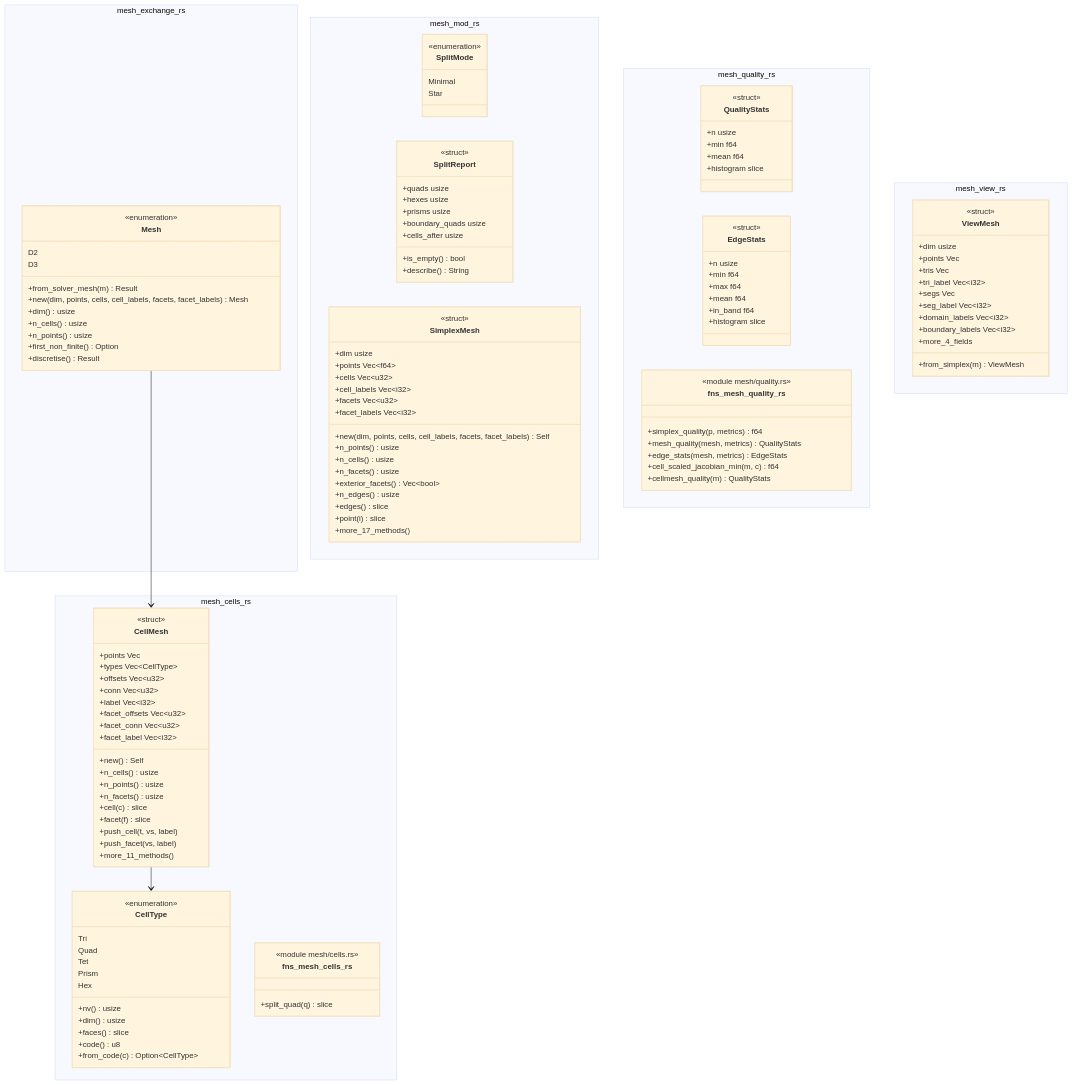
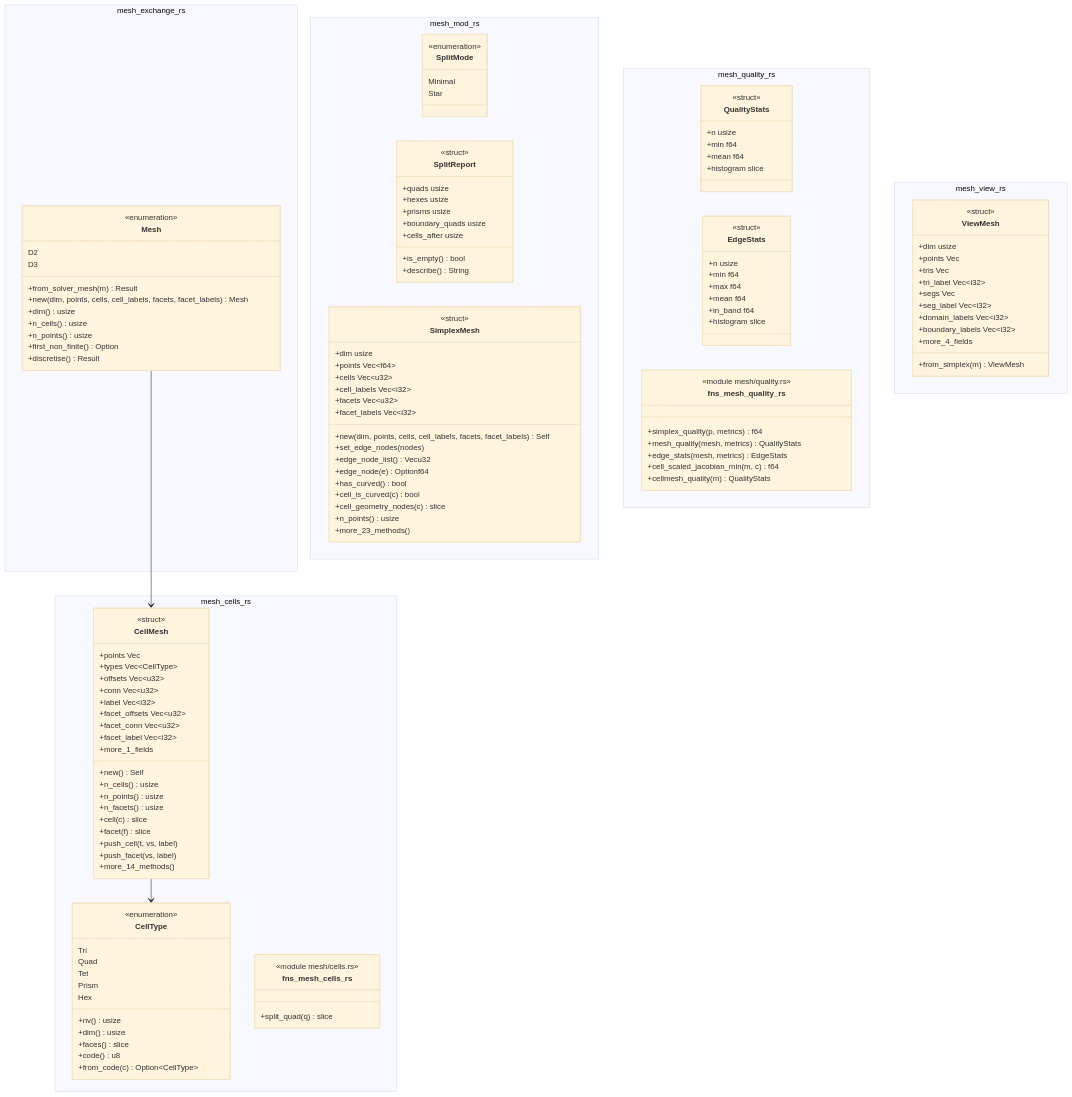
One commit to p-j-r/nyx changed the diagram in docs/architecture/c4/4-code/femcore/mesh.md. Above: the diagram before and after it, drawn with Mermaid (base theme). The commit also changed other lines of this file and 65 other files, not shown here.

Commit message:
R12: curved order-2 geometry for the ems cavity study (ADR 82) and face sizes and max_dev in the 3D lattice mesher (ADR 83); 922 pass, 0 fail, 11 ignored; clippy and fmt clean; docs, status, contracts, C4

```diff
--- a/docs/architecture/c4/4-code/femcore/mesh.md
+++ b/docs/architecture/c4/4-code/femcore/mesh.md
@@ -76,6 +76,7 @@
         +facet_offsets Vec~u32~
         +facet_conn Vec~u32~
         +facet_label Vec~i32~
+        +more_1_fields
         +new() Self
         +n_cells() usize
         +n_points() usize
@@ -84,7 +85,7 @@
         +facet(f) slice
         +push_cell(t, vs, label)
         +push_facet(vs, label)
-        +more_11_methods()
+        +more_14_methods()
     }
     class fns_mesh_cells_rs {
         <<module mesh/cells.rs>>
@@ -130,14 +131,14 @@
         +facets Vec~u32~
         +facet_labels Vec~i32~
         +new(dim, points, cells, cell_labels, facets, facet_labels) Self
+        +set_edge_nodes(nodes)
+        +edge_node_list() Vecu32
+        +edge_node(e) Optionf64
+        +has_curved() bool
+        +cell_is_curved(c) bool
+        +cell_geometry_nodes(c) slice
         +n_points() usize
-        +n_cells() usize
-        +n_facets() usize
-        +exterior_facets() Vec~bool~
-        +n_edges() usize
-        +edges() slice
-        +point(i) slice
-        +more_17_methods()
+        +more_23_methods()
     }
   }
   namespace mesh_quality_rs {
```
